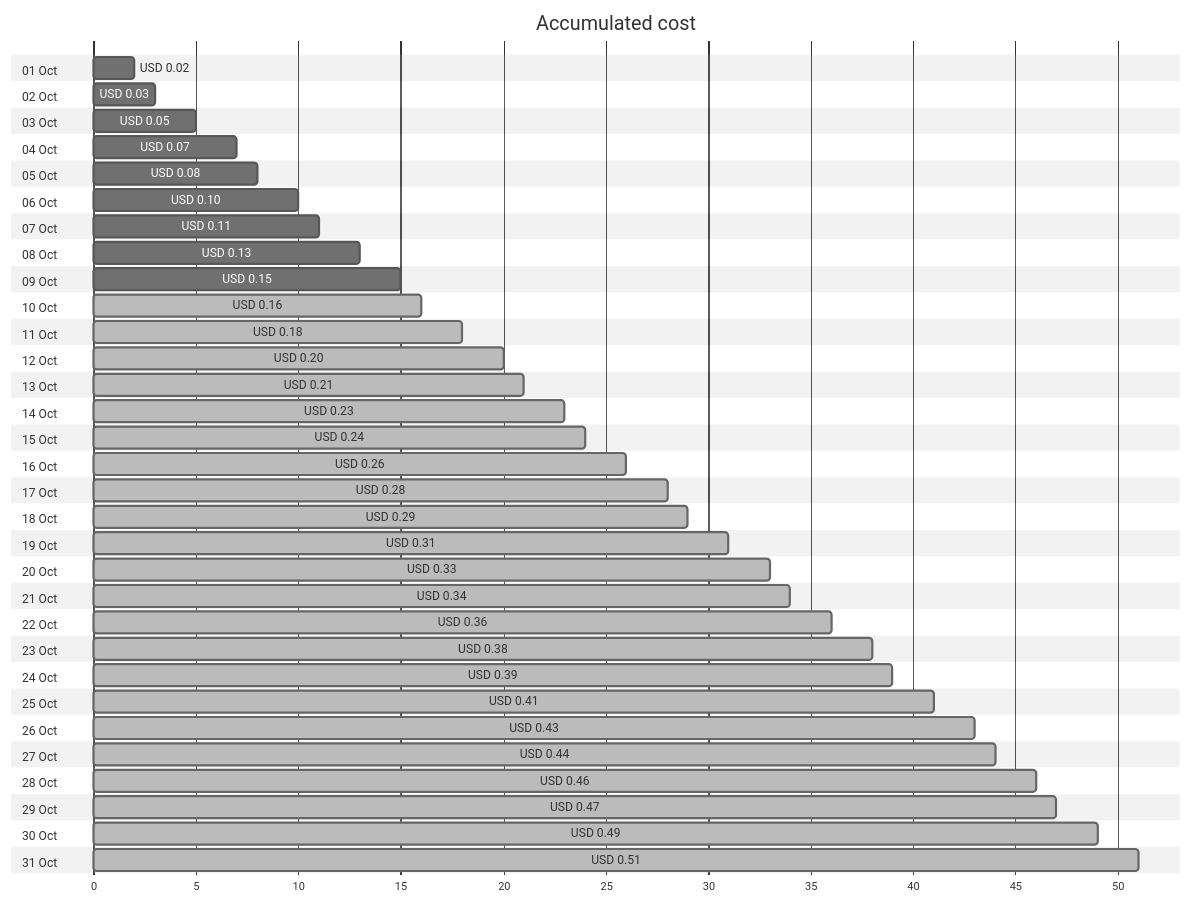
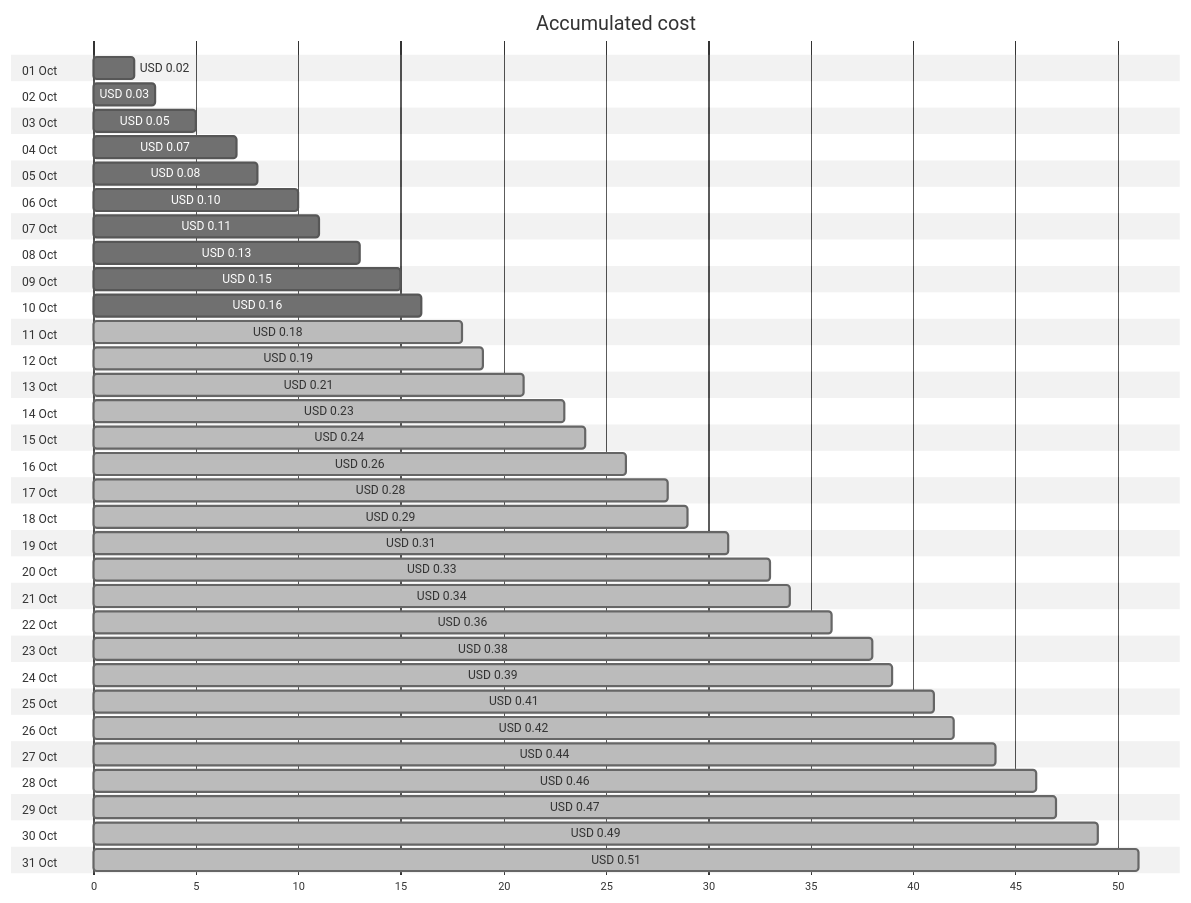
The first of 4 diagrams in cost-reports/personal-dns/jpatrickfulton.com.md (jpfulton/azure-personal-reports), drawn with Mermaid (neutral theme) before and after one commit. The commit also changed other lines of this file and 2 other files, not shown here.

````diff
--- a/cost-reports/personal-dns/jpatrickfulton.com.md
+++ b/cost-reports/personal-dns/jpatrickfulton.com.md
@@ -20,68 +20,68 @@
 ```mermaid
 gantt
    title Accumulated cost
    dateFormat  X
    axisFormat %s
    section 01 Oct
    USD 0.02 :0, 2
    section 02 Oct
    USD 0.03 :0, 3
    section 03 Oct
    USD 0.05 :0, 5
    section 04 Oct
    USD 0.07 :0, 7
    section 05 Oct
    USD 0.08 :0, 8
    section 06 Oct
    USD 0.10 :0, 10
    section 07 Oct
    USD 0.11 :0, 11
    section 08 Oct
    USD 0.13 :0, 13
    section 09 Oct
    USD 0.15 :0, 15
    section 10 Oct
-   USD 0.16 : done, 0, 16
+   USD 0.16 :0, 16
    section 11 Oct
    USD 0.18 : done, 0, 18
    section 12 Oct
-   USD 0.20 : done, 0, 20
+   USD 0.19 : done, 0, 19
    section 13 Oct
    USD 0.21 : done, 0, 21
    section 14 Oct
    USD 0.23 : done, 0, 23
    section 15 Oct
    USD 0.24 : done, 0, 24
    section 16 Oct
    USD 0.26 : done, 0, 26
    section 17 Oct
    USD 0.28 : done, 0, 28
    section 18 Oct
    USD 0.29 : done, 0, 29
    section 19 Oct
    USD 0.31 : done, 0, 31
    section 20 Oct
    USD 0.33 : done, 0, 33
    section 21 Oct
    USD 0.34 : done, 0, 34
    section 22 Oct
    USD 0.36 : done, 0, 36
    section 23 Oct
    USD 0.38 : done, 0, 38
    section 24 Oct
    USD 0.39 : done, 0, 39
    section 25 Oct
    USD 0.41 : done, 0, 41
    section 26 Oct
-   USD 0.43 : done, 0, 43
+   USD 0.42 : done, 0, 42
    section 27 Oct
    USD 0.44 : done, 0, 44
    section 28 Oct
    USD 0.46 : done, 0, 46
    section 29 Oct
    USD 0.47 : done, 0, 47
    section 30 Oct
    USD 0.49 : done, 0, 49
    section 31 Oct
    USD 0.51 : done, 0, 51
 ```
````
